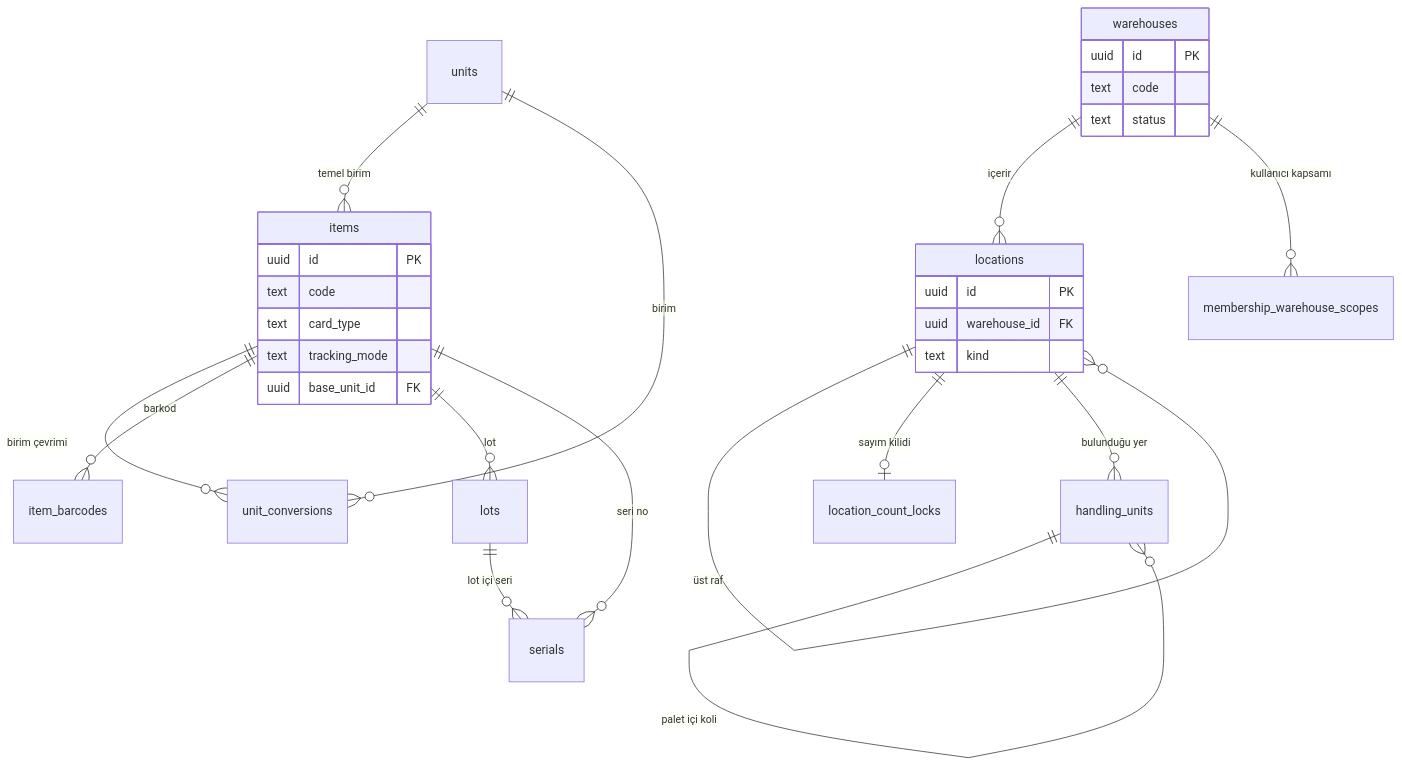
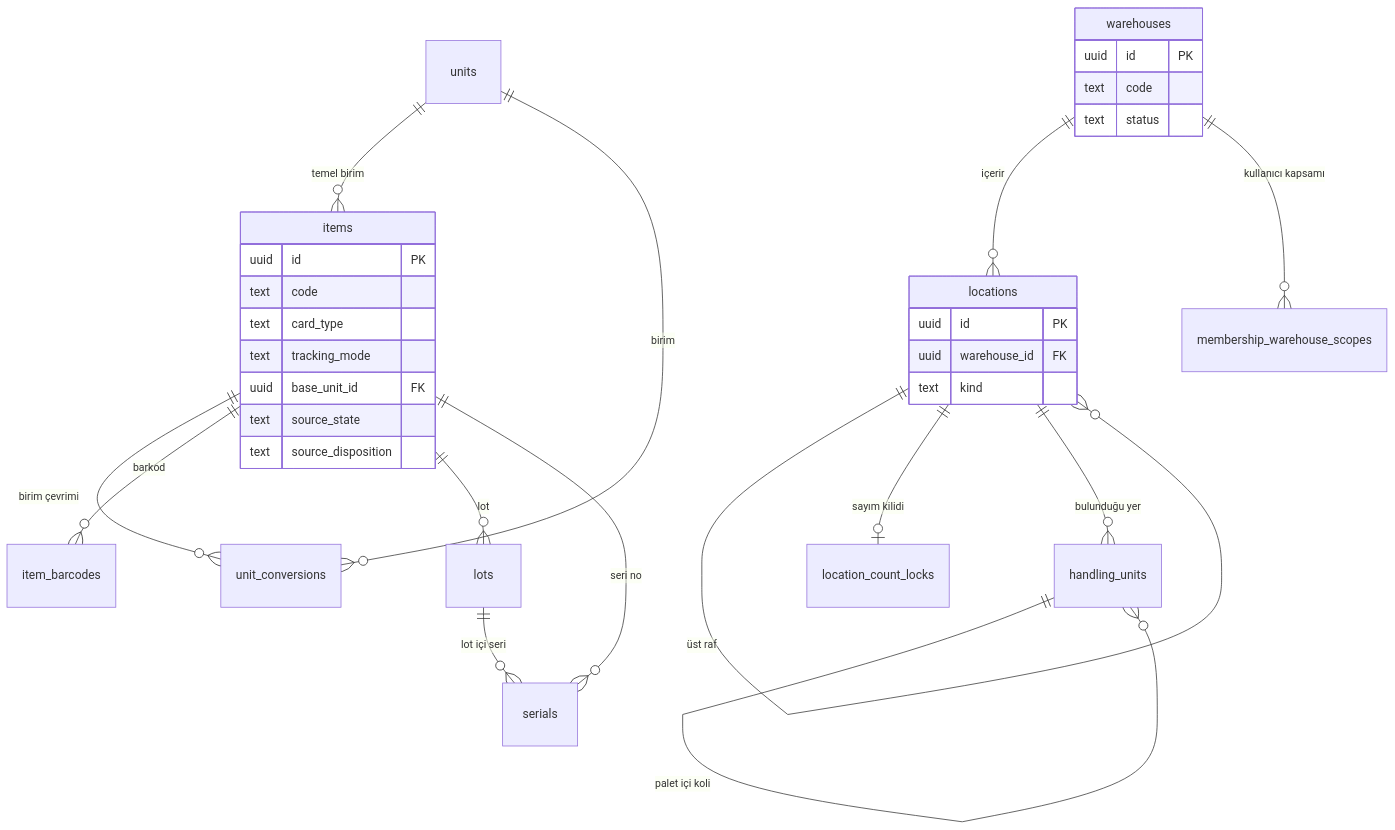
Before and after one commit to shosgoren/EtkinWMS: the first of 3 diagrams in docs/fonksiyonel-mimari/03a-veri-sozlugu-depo-stok.md, drawn with Mermaid. The commit also changed other lines of this file and 10 other files, not shown here.

````diff
--- a/docs/fonksiyonel-mimari/03a-veri-sozlugu-depo-stok.md
+++ b/docs/fonksiyonel-mimari/03a-veri-sozlugu-depo-stok.md
@@ -28,33 +29,35 @@
 ```mermaid
 erDiagram
   warehouses ||--o{ locations : "içerir"
   locations ||--o{ locations : "üst raf"
   locations ||--o| location_count_locks : "sayım kilidi"
   warehouses ||--o{ membership_warehouse_scopes : "kullanıcı kapsamı"
   units ||--o{ items : "temel birim"
   items ||--o{ unit_conversions : "birim çevrimi"
   units ||--o{ unit_conversions : "birim"
   items ||--o{ item_barcodes : "barkod"
   items ||--o{ lots : "lot"
   items ||--o{ serials : "seri no"
   lots ||--o{ serials : "lot içi seri"
   handling_units ||--o{ handling_units : "palet içi koli"
   locations ||--o{ handling_units : "bulunduğu yer"
   items {
     uuid id PK
     text code
     text card_type
     text tracking_mode
     uuid base_unit_id FK
+    text source_state
+    text source_disposition
   }
   warehouses {
     uuid id PK
     text code
     text status
   }
   locations {
     uuid id PK
     uuid warehouse_id FK
     text kind
   }
 ```
````
